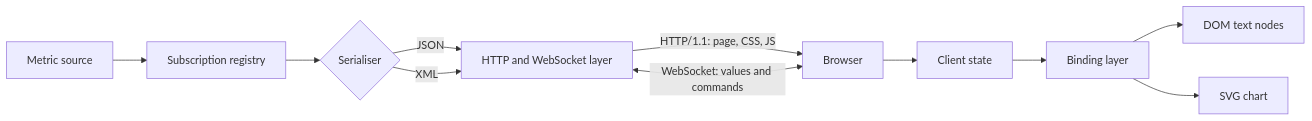
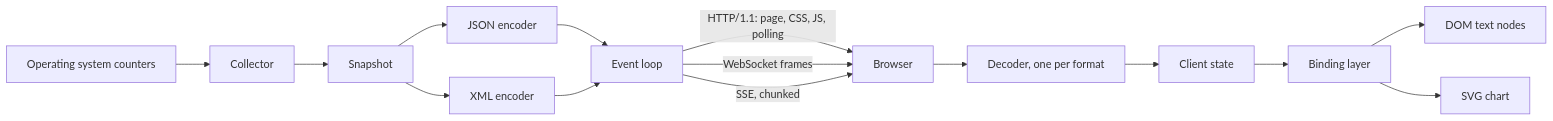
The diagram in README.md (Alex-Tsvetanov/pulse), drawn with Mermaid before and after one commit. The commit also changed other lines of this file and 24 other files, not shown here.

First line of the commit message:
feat: HTTP/1.1 and WebSocket server, three transports, browser client

````diff
--- a/README.md
+++ b/README.md
@@ -49,13 +56,17 @@
 ```mermaid
 flowchart LR
-    SRC[Metric source] --> REG[Subscription registry]
-    REG --> SER{Serialiser}
-    SER -->|JSON| NET[HTTP and WebSocket layer]
-    SER -->|XML| NET
-    NET -->|HTTP/1.1: page, CSS, JS| BROWSER[Browser]
-    NET <-->|WebSocket: values and commands| BROWSER
-    BROWSER --> STATE[Client state]
+    OS[Operating system counters] --> COL[Collector]
+    COL --> SNAP[Snapshot]
+    SNAP --> JSONC[JSON encoder]
+    SNAP --> XMLC[XML encoder]
+    JSONC --> LOOP[Event loop]
+    XMLC --> LOOP
+    LOOP -->|HTTP/1.1: page, CSS, JS, polling| BROWSER[Browser]
+    LOOP -->|WebSocket frames| BROWSER
+    LOOP -->|SSE, chunked| BROWSER
+    BROWSER --> DEC[Decoder, one per format]
+    DEC --> STATE[Client state]
     STATE --> BIND[Binding layer]
     BIND --> DOM[DOM text nodes]
     BIND --> SVG[SVG chart]
 ```
````
